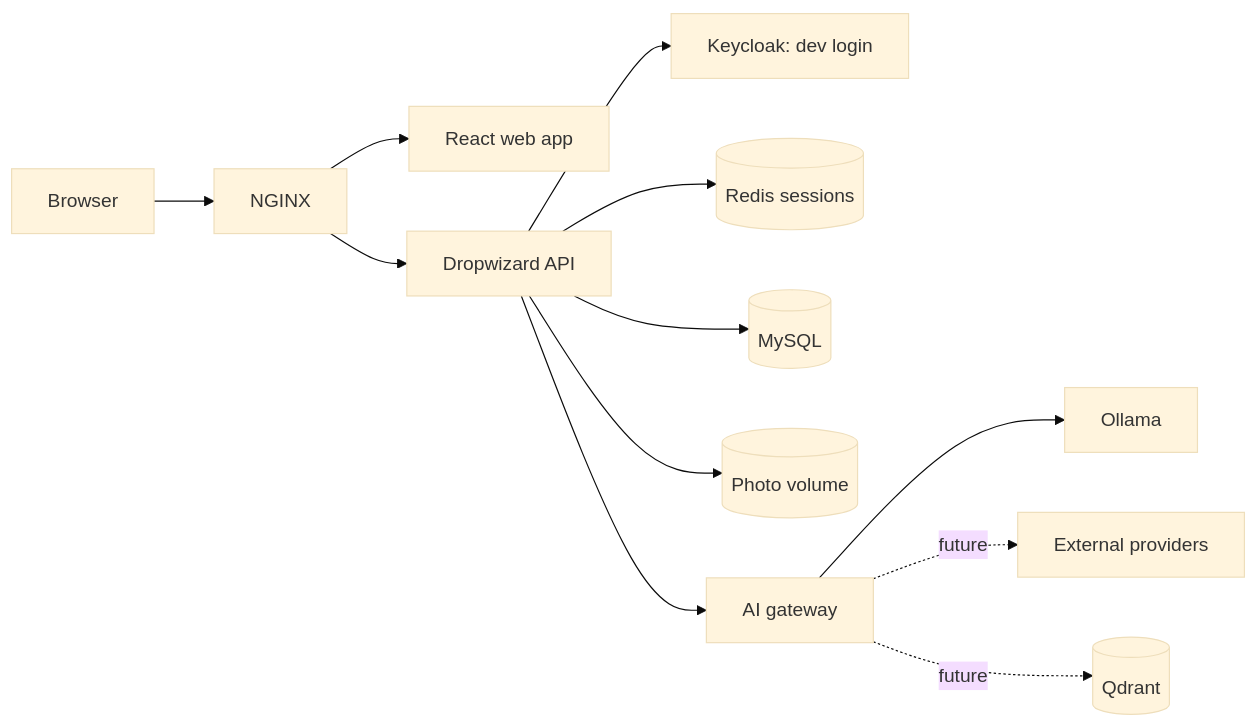
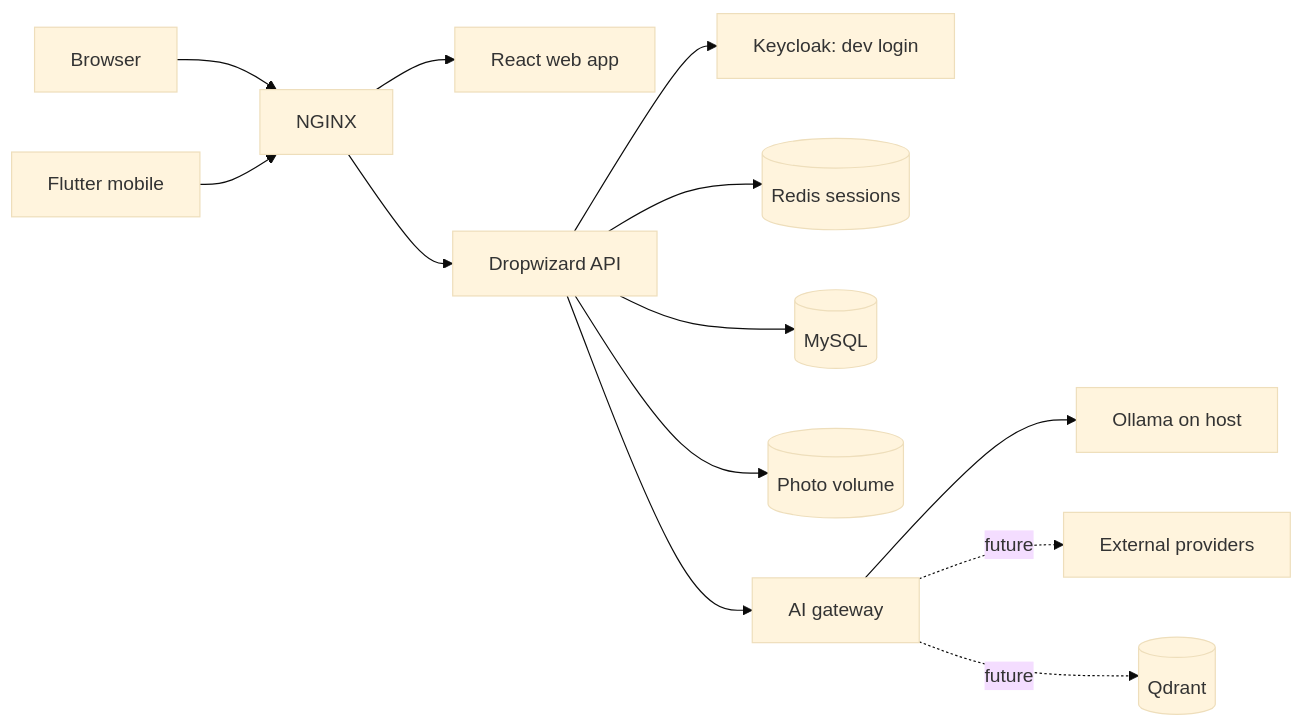
Before and after one commit to napalm23zero/interview-preparation-zartis_adevinta: the second of 4 diagrams in README.md, drawn with Mermaid (base theme). The commit also changed other lines of this file and 113 other files, not shown here.

````diff
--- a/README.md
+++ b/README.md
@@ -119,14 +123,15 @@
 ```mermaid
 flowchart LR
     Browser[Browser] --> NGINX[NGINX]
+    Mobile[Flutter mobile] --> NGINX
     NGINX --> Web[React web app]
     NGINX --> API[Dropwizard API]
     API --> Identity[Keycloak: dev login]
     API --> Redis[(Redis sessions)]
     API --> MySQL[(MySQL)]
     API --> Photos[(Photo volume)]
     API --> Gateway[AI gateway]
-    Gateway --> Ollama[Ollama]
+    Gateway --> Ollama[Ollama on host]
     Gateway -. future .-> Providers[External providers]
     Gateway -. future .-> Qdrant[(Qdrant)]
 ```
````
